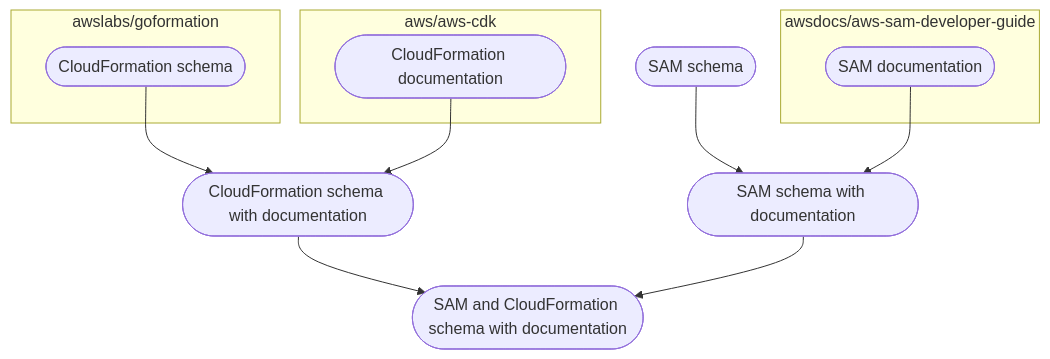
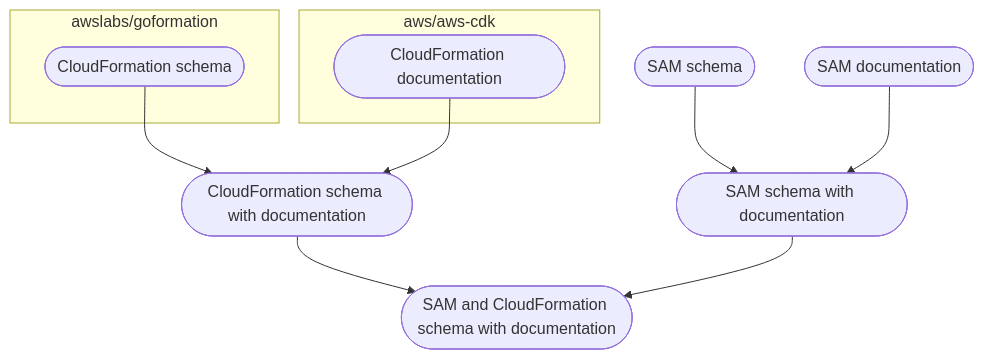
Before and after one commit to aws/serverless-application-model: the diagram in docs/schema.md, drawn with Mermaid.

Commit message:
docs: update schema diagram

````diff
--- a/docs/schema.md
+++ b/docs/schema.md
@@ -11,26 +11,24 @@
 ```mermaid
 flowchart TD
   subgraph repogoformation["awslabs/goformation"]
     cfnschema(["CloudFormation schema"])
   end
   
   subgraph repocfndocs["aws/aws-cdk"]
     cfndocs(["CloudFormation documentation"])
   end
 
-  subgraph reposamdocs["awsdocs/aws-sam-developer-guide"]
-    samdocs(["SAM documentation"])
-  end
+  samdocs(["SAM documentation"])
   
   samschema(["SAM schema"])
   cfnschemadocs(["CloudFormation schema with documentation"])
   samschemadocs(["SAM schema with documentation"])
   final(["SAM and CloudFormation schema with documentation"])
 
   cfnschema --> cfnschemadocs
   cfndocs --> cfnschemadocs
   samschema --> samschemadocs
   samdocs --> samschemadocs
   cfnschemadocs --> final
   samschemadocs --> final
 ```
````
